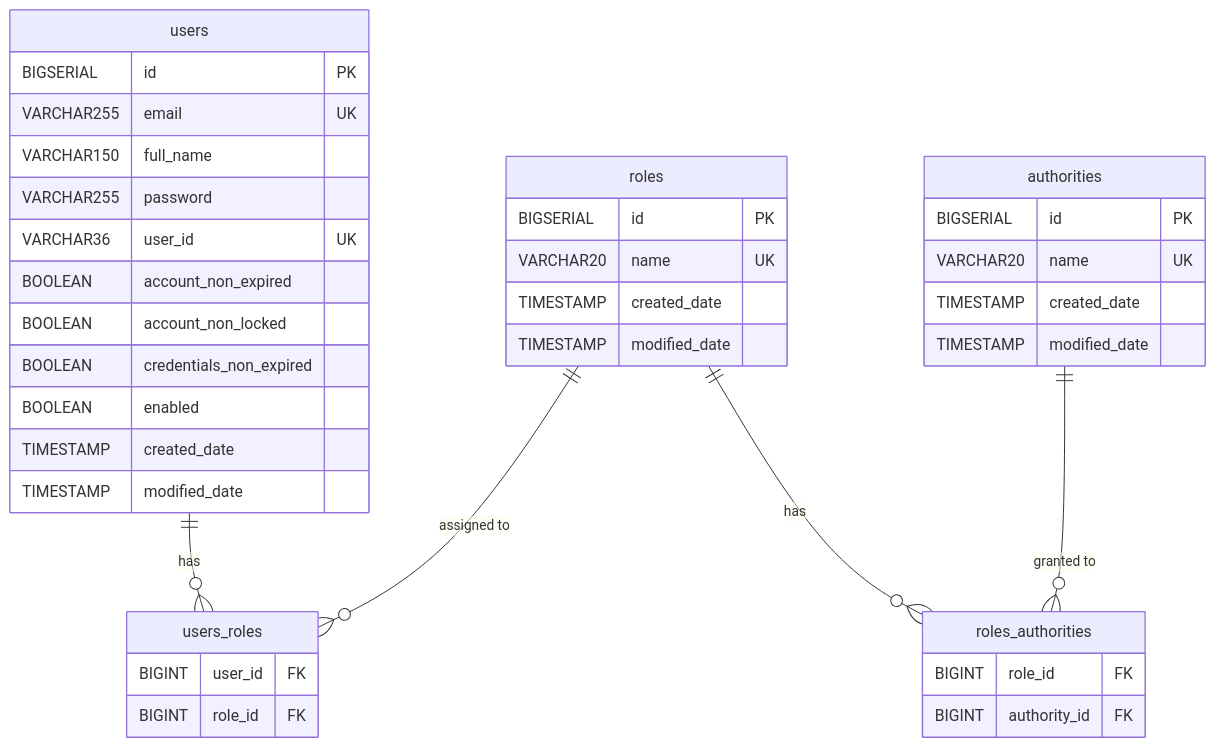
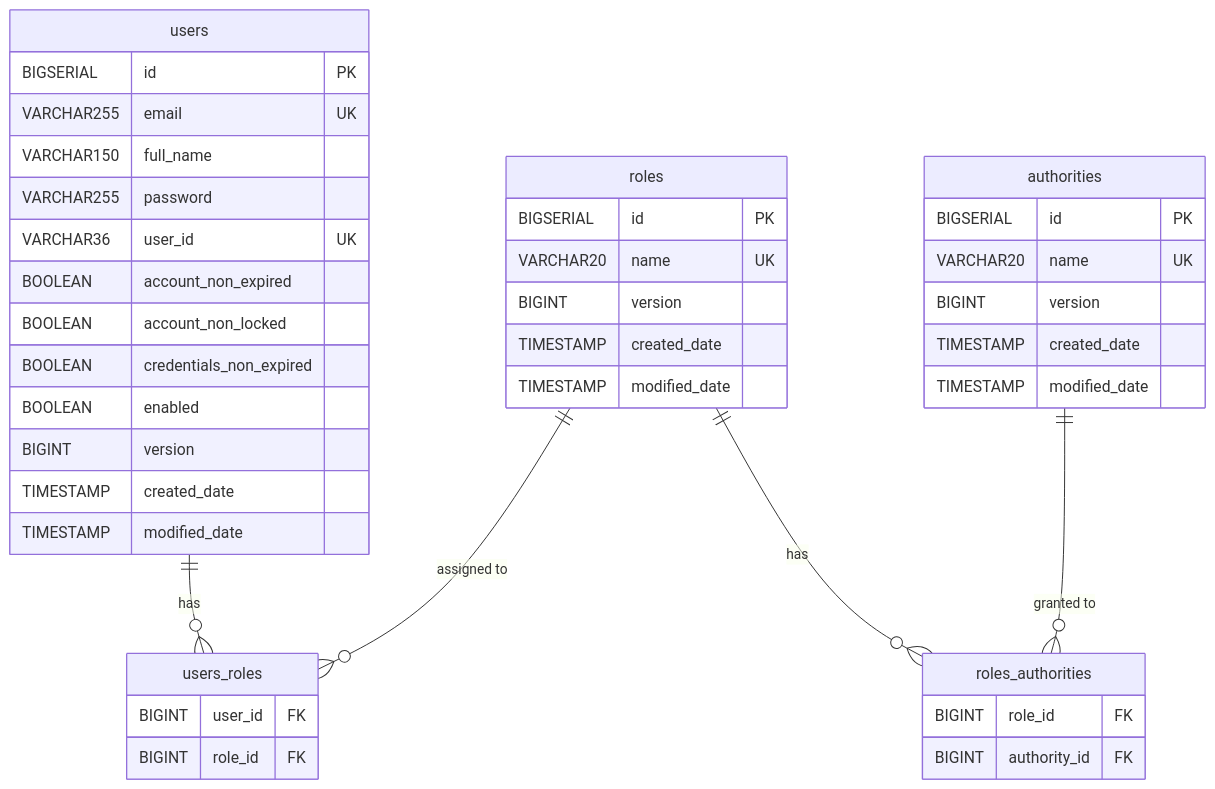
Before and after one commit to balantaim/management-system-spring-cloud: the diagram in management-system-users/README.md, drawn with Mermaid. The commit also changed other lines of this file and 23 other files, not shown here.

````diff
--- a/management-system-users/README.md
+++ b/management-system-users/README.md
@@ -76,45 +76,48 @@
 ```mermaid
 erDiagram
     users {
         BIGSERIAL id PK
         VARCHAR255 email UK
         VARCHAR150 full_name
         VARCHAR255 password
         VARCHAR36  user_id UK
         BOOLEAN    account_non_expired
         BOOLEAN    account_non_locked
         BOOLEAN    credentials_non_expired
         BOOLEAN    enabled
+        BIGINT     version
         TIMESTAMP  created_date
         TIMESTAMP  modified_date
     }
 
     roles {
         BIGSERIAL id PK
         VARCHAR20 name UK
+        BIGINT    version
         TIMESTAMP created_date
         TIMESTAMP modified_date
     }
 
     authorities {
         BIGSERIAL id PK
         VARCHAR20 name UK
+        BIGINT    version
         TIMESTAMP created_date
         TIMESTAMP modified_date
     }
 
     users_roles {
         BIGINT user_id FK
         BIGINT role_id FK
     }
 
     roles_authorities {
         BIGINT role_id FK
         BIGINT authority_id FK
     }
 
     users        ||--o{ users_roles       : "has"
     roles        ||--o{ users_roles       : "assigned to"
     roles        ||--o{ roles_authorities : "has"
     authorities  ||--o{ roles_authorities : "granted to"
 ```
````
